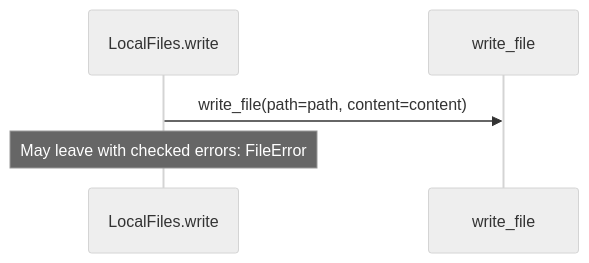
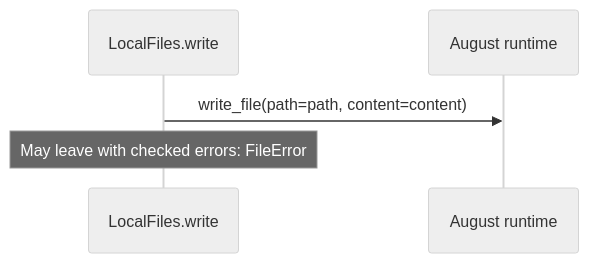
The sixth of 7 diagrams in docs/examples/approved-design/dependencies/august/0.23.0/io/contracts-diagrams.md (GreenPandaStudios/augscript), drawn with Mermaid (neutral theme) before and after one commit. The commit also changed other lines of this file and 304 other files, not shown here.

Commit message:
Make generated data-flow sequences concise and review every diagram

````diff
--- a/docs/examples/approved-design/dependencies/august/0.23.0/io/contracts-diagrams.md
+++ b/docs/examples/approved-design/dependencies/august/0.23.0/io/contracts-diagrams.md
@@ -112,7 +128,7 @@
 ```mermaid
 sequenceDiagram
     participant p0 as LocalFiles.write
-    participant p1 as write_file
+    participant p1 as August runtime
     p0->>p1: write_file(path=path, content=content)
     Note over p0: May leave with checked errors: FileError
 ```
````
